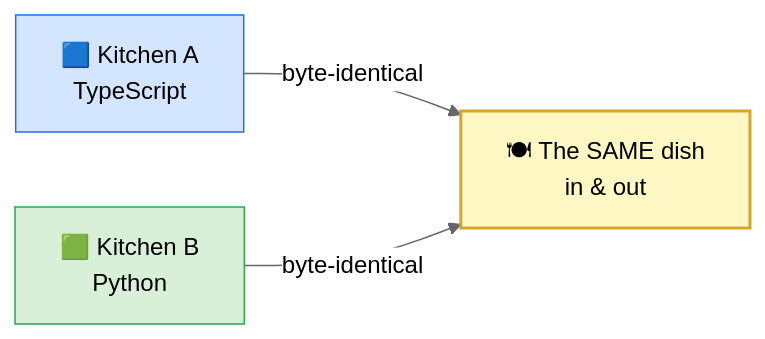
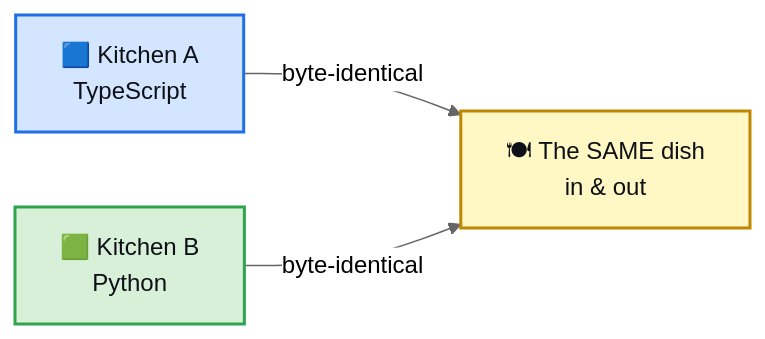
One commit to ratneshmurugesan/tech-foundry changed the first of 4 diagrams in README.md. Above: the diagram before and after it, drawn with Mermaid (neutral theme). The commit also changed other lines of this file, not shown here.

First line of the commit message:
docs(README): readable black diagram text + add a real-dates caption under the Journey Map

````diff
--- a/README.md
+++ b/README.md
@@ -50,11 +50,11 @@
 ```mermaid
 flowchart LR
   A["🟦 Kitchen A<br/>TypeScript"]:::kA
   B["🟩 Kitchen B<br/>Python"]:::kB
   D["🍽 The SAME dish<br/>in & out"]:::dish
   A -->|byte-identical| D
   B -->|byte-identical| D
-  classDef kA fill:#d4e6ff,stroke:#1f6feb;
-  classDef kB fill:#d8f0d8,stroke:#2ea44f;
-  classDef dish fill:#fff8c5,stroke:#d4a72c,stroke-width:2px;
+  classDef kA fill:#d4e6ff,stroke:#1f6feb,stroke-width:2px,color:#0d1117;
+  classDef kB fill:#d8f0d8,stroke:#2ea44f,stroke-width:2px,color:#0d1117;
+  classDef dish fill:#fff8c5,stroke:#bf8700,stroke-width:2px,color:#0d1117;
 ```
````
